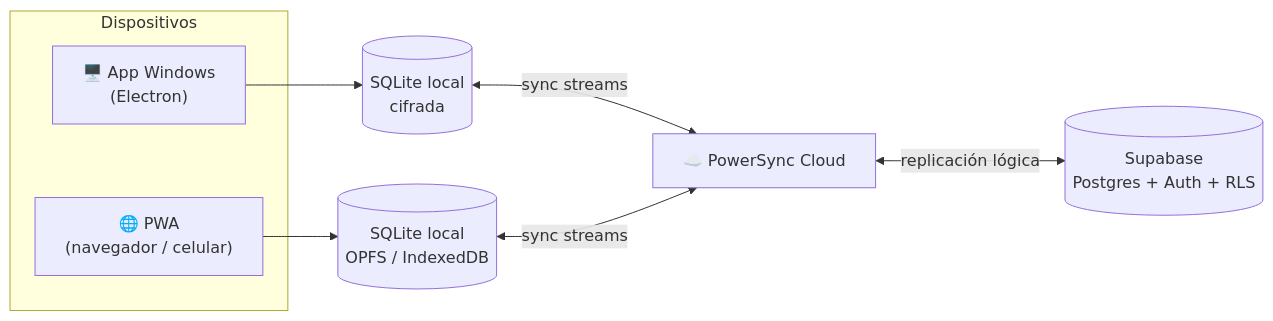
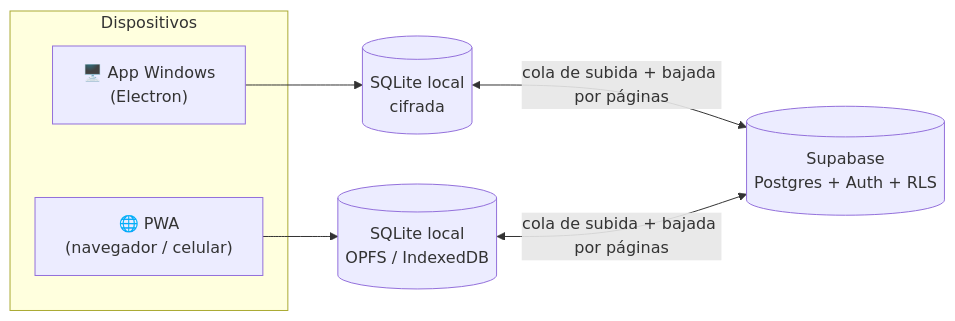
Before and after one commit to Brausin/delirium-releases: the diagram in README.md, drawn with Mermaid. The commit also changed other lines of this file, not shown here.

````diff
--- a/README.md
+++ b/README.md
@@ -46,12 +48,11 @@
 ```mermaid
 flowchart LR
   subgraph Dispositivos
     EXE["🖥️ App Windows<br/>(Electron)"]
     PWA["🌐 PWA<br/>(navegador / celular)"]
   end
   EXE --> DB1[("SQLite local<br/>cifrada")]
   PWA --> DB2[("SQLite local<br/>OPFS / IndexedDB")]
-  DB1 <-->|sync streams| PS["☁️ PowerSync Cloud"]
-  DB2 <-->|sync streams| PS
-  PS <-->|replicación lógica| SB[("Supabase<br/>Postgres + Auth + RLS")]
+  DB1 <-->|cola de subida + bajada por páginas| SB[("Supabase<br/>Postgres + Auth + RLS")]
+  DB2 <-->|cola de subida + bajada por páginas| SB
 ```
````
